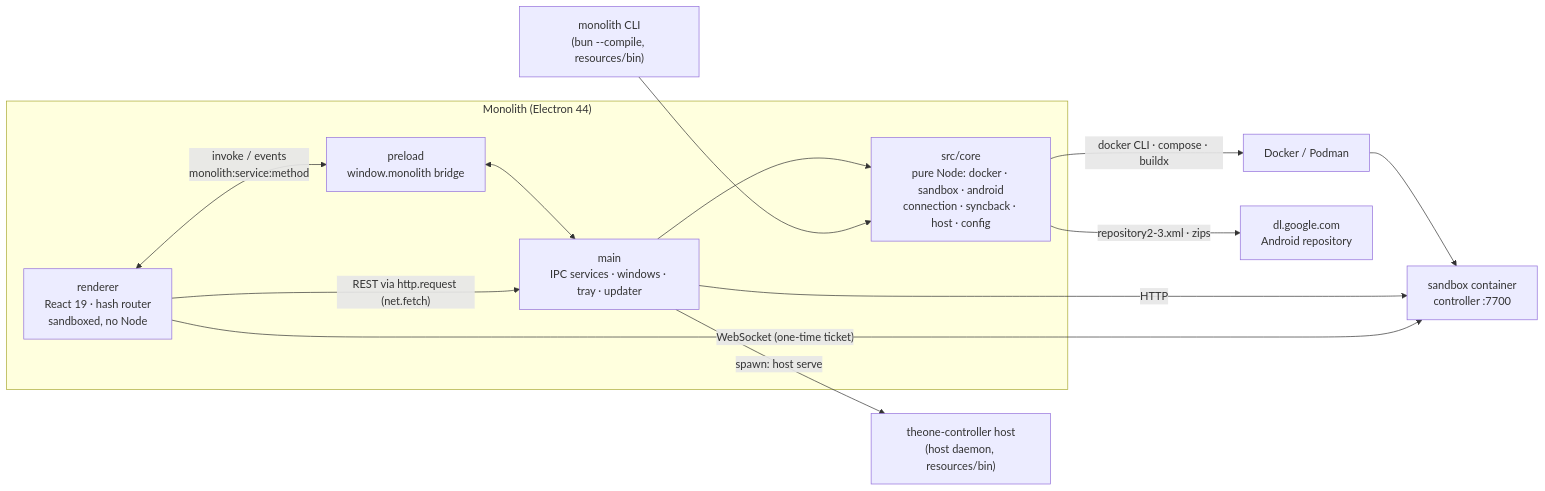
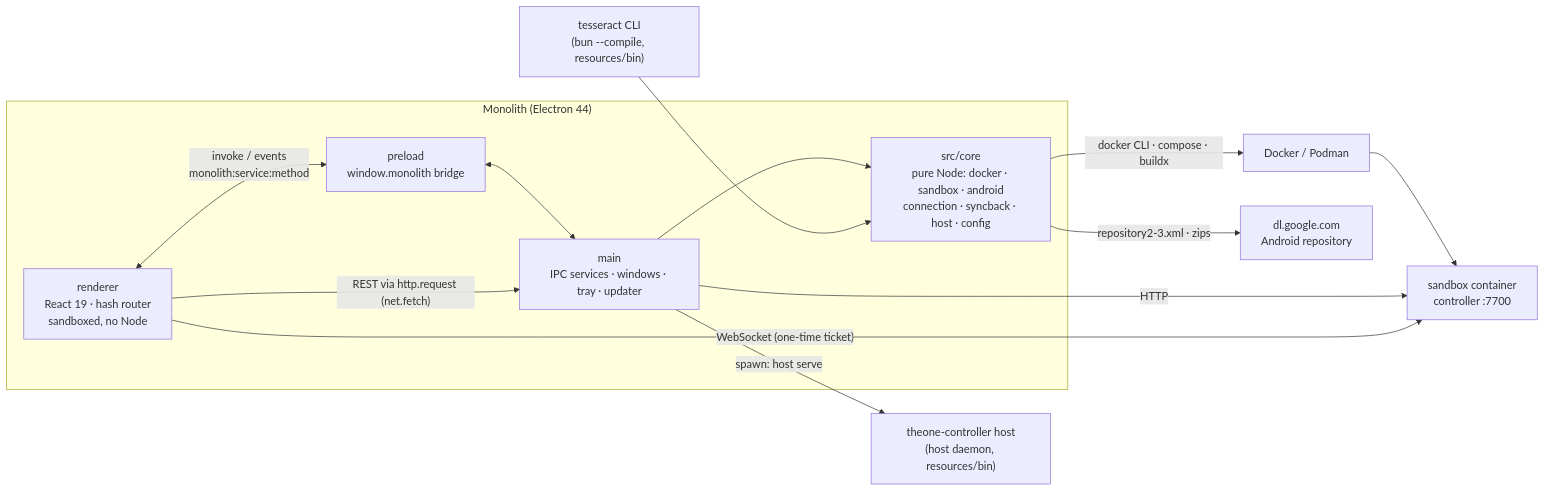
The first of 4 diagrams in docs/architecture/electron-desktop.md (kevin-roan/tesseract), drawn with Mermaid before and after one commit. The commit also changed other lines of this file and 469 other files, not shown here.

````diff
--- a/docs/architecture/electron-desktop.md
+++ b/docs/architecture/electron-desktop.md
@@ -16,23 +16,23 @@
 ```mermaid
 flowchart LR
   subgraph desktop["Monolith (Electron 44)"]
     r["renderer<br/>React 19 · hash router<br/>sandboxed, no Node"]
     p["preload<br/>window.monolith bridge"]
     m["main<br/>IPC services · windows · tray · updater"]
     c["src/core<br/>pure Node: docker · sandbox · android<br/>connection · syncback · host · config"]
   end
-  cli["monolith CLI<br/>(bun --compile, resources/bin)"]
+  cli["tesseract CLI<br/>(bun --compile, resources/bin)"]
   hd["theone-controller host<br/>(host daemon, resources/bin)"]
   dk["Docker / Podman"]
   sb["sandbox container<br/>controller :7700"]
   g["dl.google.com<br/>Android repository"]
   r <-->|"invoke / events<br/>monolith:service:method"| p <--> m
   m --> c
   cli --> c
   c -->|"docker CLI · compose · buildx"| dk --> sb
   c -->|"repository2-3.xml · zips"| g
   m -->|"spawn: host serve"| hd
   r -->|"REST via http.request (net.fetch)"| m
   m -->|HTTP| sb
   r -->|"WebSocket (one-time ticket)"| sb
 ```
````
